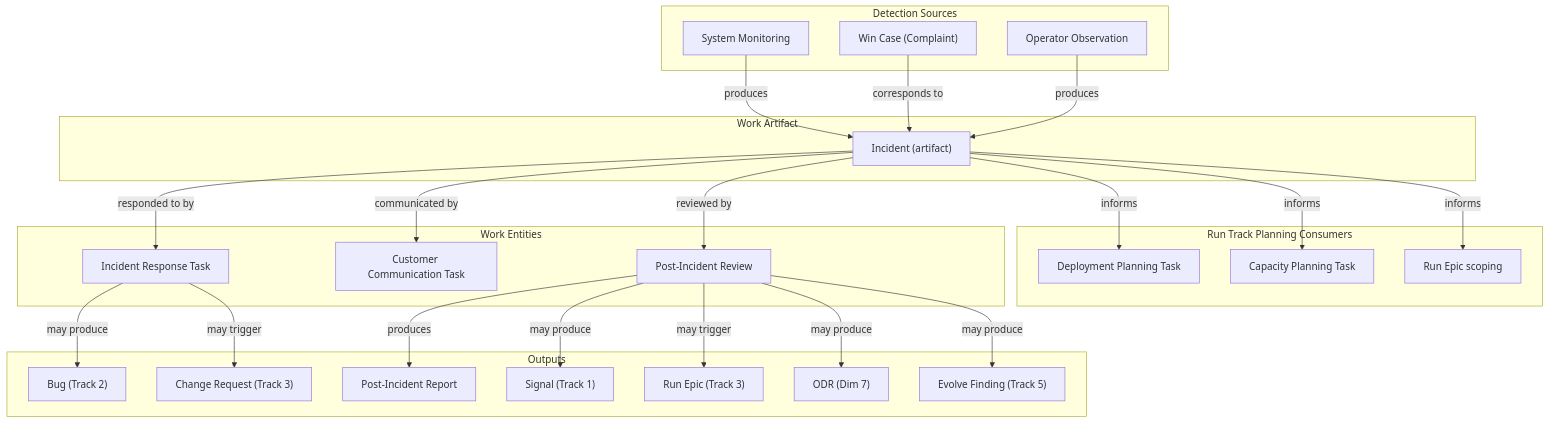
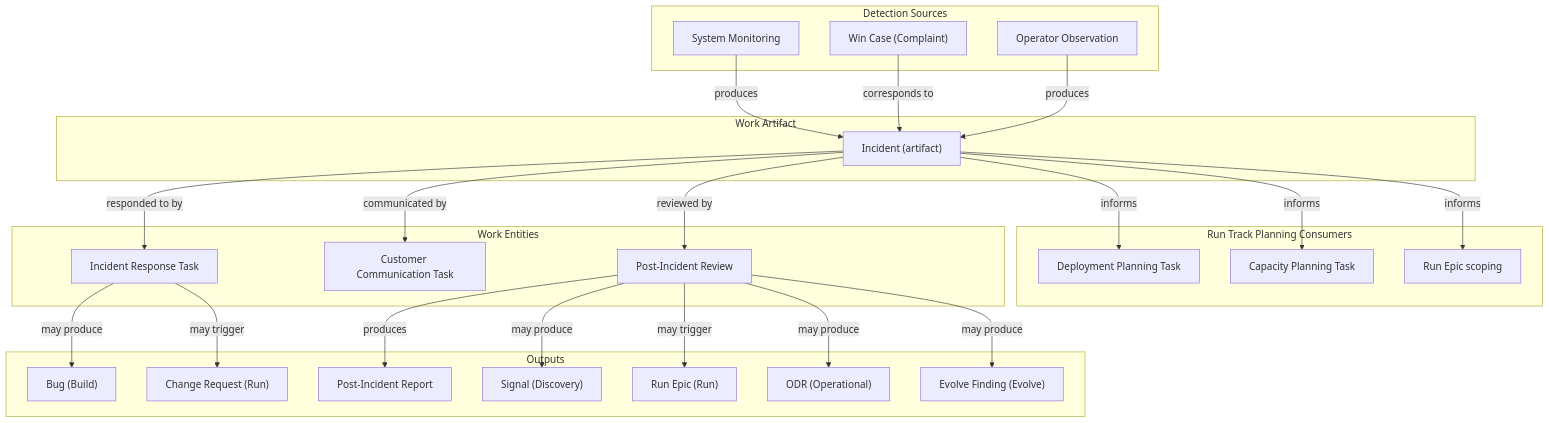
Before and after one commit to gramki/temp-website: the third of 7 diagrams in foundry/product-information-model/draft-diagrams.md, drawn with Mermaid. The commit also changed other lines of this file and 6 other files, not shown here.

````diff
--- a/foundry/product-information-model/draft-diagrams.md
+++ b/foundry/product-information-model/draft-diagrams.md
@@ -111,54 +111,54 @@
 ```mermaid
 flowchart TD
     subgraph detection [Detection Sources]
         SM["System Monitoring"]
         WC["Win Case (Complaint)"]
         OO["Operator Observation"]
     end
 
     subgraph artifact [Work Artifact]
         INC["Incident (artifact)"]
     end
 
     subgraph response [Work Entities]
         IRT["Incident Response Task"]
         CCT["Customer Communication Task"]
         PIR["Post-Incident Review"]
     end
 
     subgraph outputs [Outputs]
         PIReport["Post-Incident Report"]
-        BUG["Bug (Track 2)"]
-        SIG["Signal (Track 1)"]
-        RE["Run Epic (Track 3)"]
-        CR["Change Request (Track 3)"]
-        ODR["ODR (Dim 7)"]
-        EF["Evolve Finding (Track 5)"]
+        BUG["Bug (Build)"]
+        SIG["Signal (Discovery)"]
+        RE["Run Epic (Run)"]
+        CR["Change Request (Run)"]
+        ODR["ODR (Operational)"]
+        EF["Evolve Finding (Evolve)"]
     end
 
     subgraph planning [Run Track Planning Consumers]
         DPT["Deployment Planning Task"]
         CPT["Capacity Planning Task"]
         REScope["Run Epic scoping"]
     end
 
     SM -->|"produces"| INC
     WC -->|"corresponds to"| INC
     OO -->|"produces"| INC
 
     INC -->|"responded to by"| IRT
     INC -->|"communicated by"| CCT
     INC -->|"reviewed by"| PIR
 
     IRT -->|"may produce"| BUG
     IRT -->|"may trigger"| CR
     PIR -->|"produces"| PIReport
     PIR -->|"may produce"| SIG
     PIR -->|"may trigger"| RE
     PIR -->|"may produce"| ODR
     PIR -->|"may produce"| EF
 
     INC -->|"informs"| DPT
     INC -->|"informs"| CPT
     INC -->|"informs"| REScope
 ```
````
